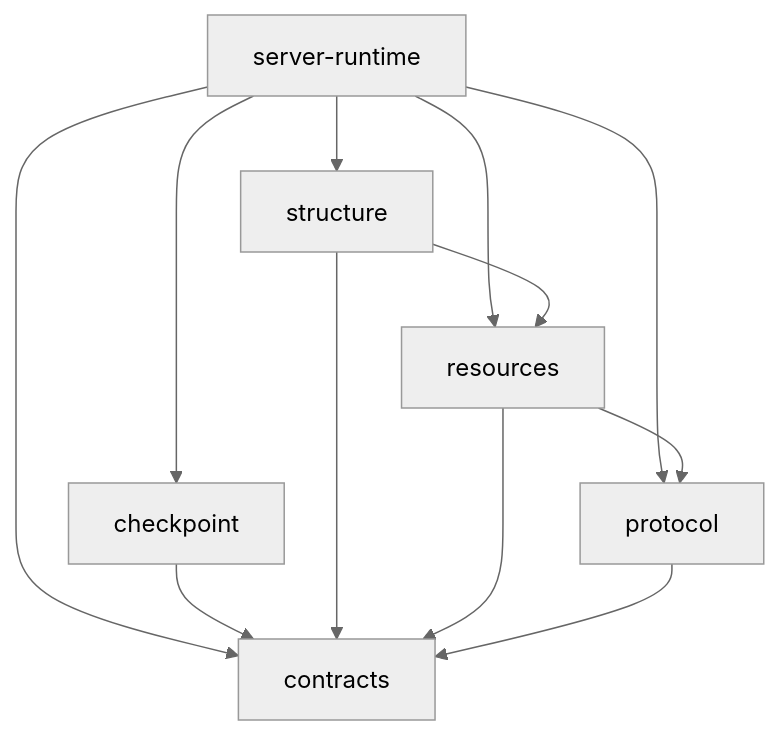
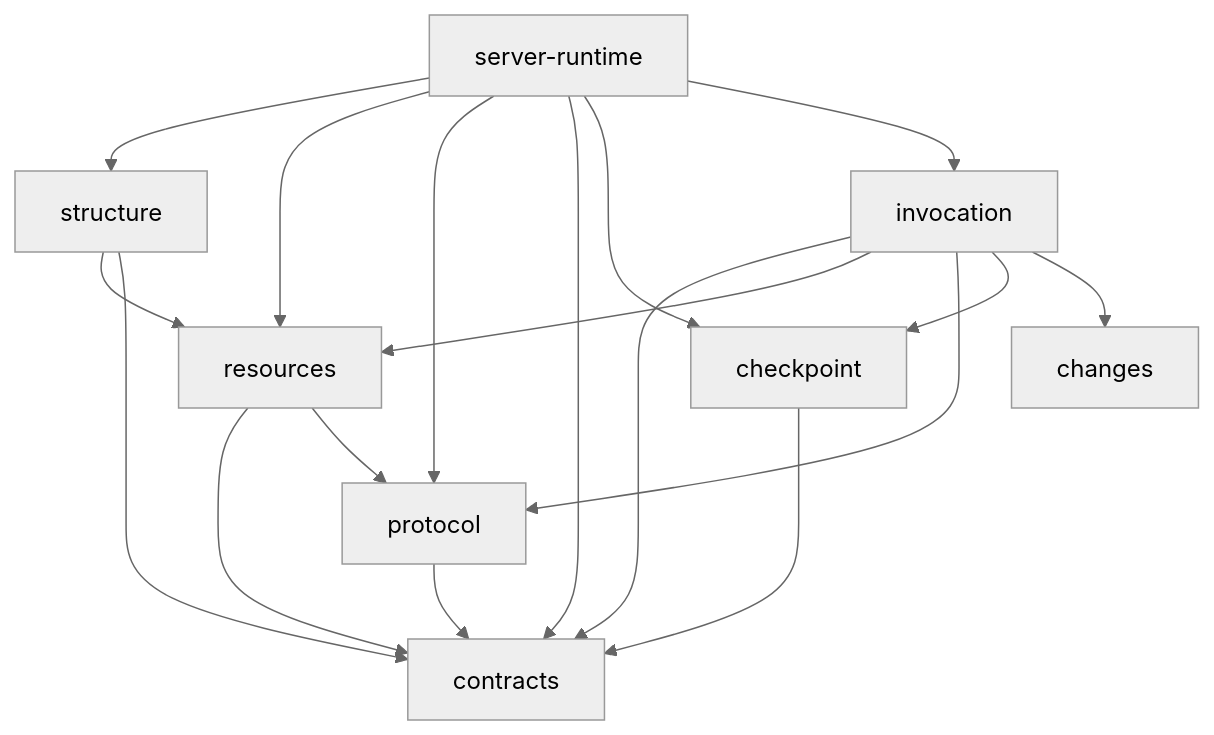
The diagram in docs/contracts-protocol.md (weiliang0121/capix), drawn with Mermaid (neutral theme) before and after one commit. The commit also changed other lines of this file and 126 other files, not shown here.

Commit message:
refactor: extract invocation runtime mechanisms

````diff
--- a/docs/contracts-protocol.md
+++ b/docs/contracts-protocol.md
@@ -19,14 +19,20 @@
 ```mermaid
 flowchart TD
   Runtime[server-runtime] --> Structure[structure]
   Runtime --> Resources[resources]
   Runtime --> Protocol[protocol]
   Runtime --> Contracts[contracts]
   Runtime --> Checkpoint[checkpoint]
+  Runtime --> Invocation[invocation]
+  Invocation --> Contracts
+  Invocation --> Resources
+  Invocation --> Protocol
+  Invocation --> Checkpoint
+  Invocation --> Changes[changes]
   Checkpoint --> Contracts
   Structure --> Resources
   Structure --> Contracts
   Resources --> Contracts
   Resources --> Protocol
   Protocol --> Contracts
 ```
````
